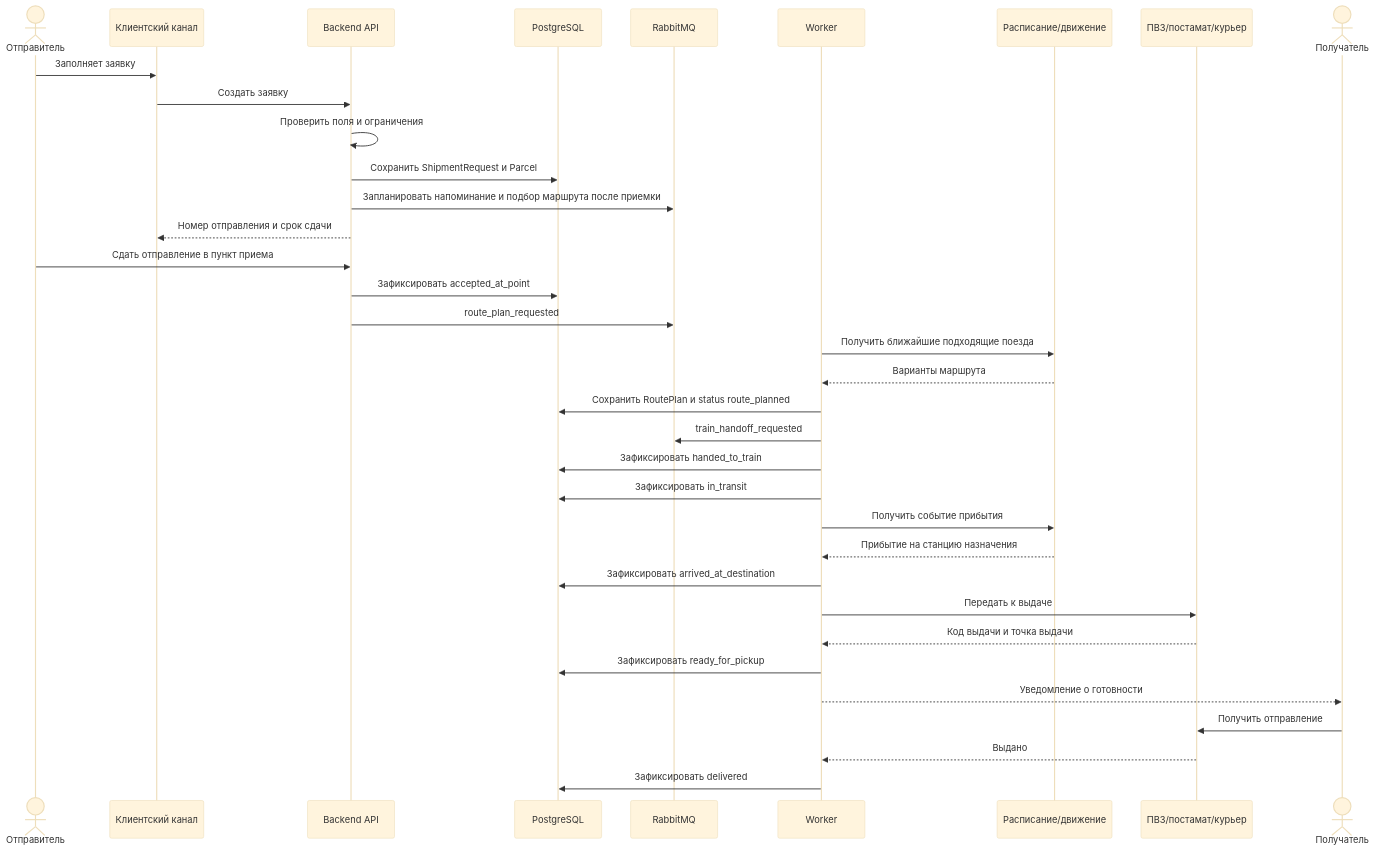
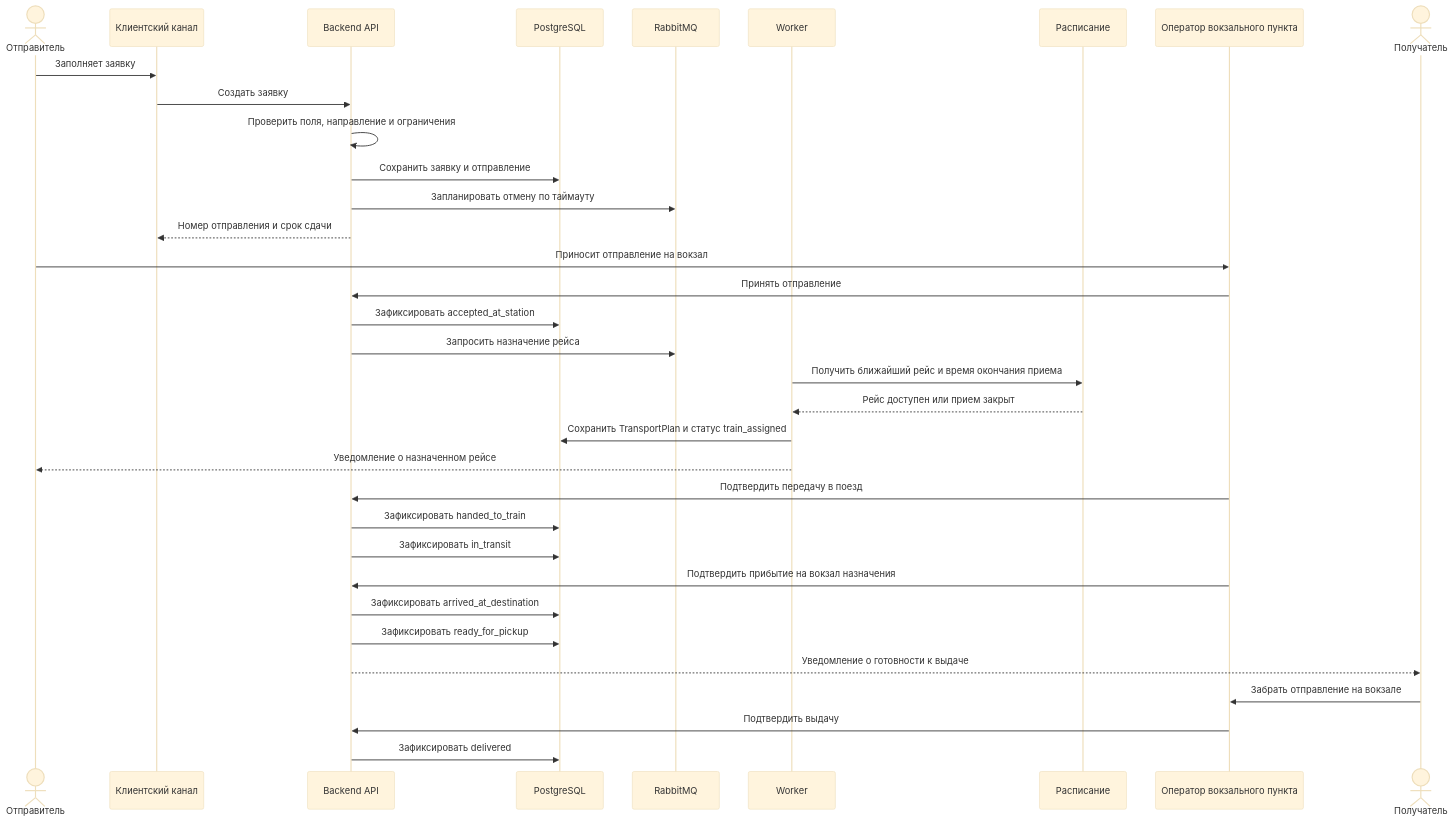
One commit to W1zzK1/Plan-dissertation changed the first of 2 diagrams in 06-сценарии-и-потоки.md. Above: the diagram before and after it, drawn with Mermaid (base theme). The commit also changed other lines of this file and 19 other files, not shown here.

````diff
--- a/06-сценарии-и-потоки.md
+++ b/06-сценарии-и-потоки.md
@@ -5,40 +5,39 @@
 ```mermaid
 sequenceDiagram
     actor Sender as Отправитель
     participant Client as Клиентский канал
     participant API as Backend API
     participant DB as PostgreSQL
     participant Queue as RabbitMQ
     participant Worker as Worker
-    participant Train as Расписание/движение
-    participant LastMile as ПВЗ/постамат/курьер
+    participant Schedule as Расписание
+    participant Operator as Оператор вокзального пункта
     actor Recipient as Получатель
 
     Sender->>Client: Заполняет заявку
     Client->>API: Создать заявку
-    API->>API: Проверить поля и ограничения
-    API->>DB: Сохранить ShipmentRequest и Parcel
-    API->>Queue: Запланировать напоминание и подбор маршрута после приемки
+    API->>API: Проверить поля, направление и ограничения
+    API->>DB: Сохранить заявку и отправление
+    API->>Queue: Запланировать отмену по таймауту
     API-->>Client: Номер отправления и срок сдачи
 
-    Sender->>API: Сдать отправление в пункт приема
-    API->>DB: Зафиксировать accepted_at_point
-    API->>Queue: route_plan_requested
-    Worker->>Train: Получить ближайшие подходящие поезда
-    Train-->>Worker: Варианты маршрута
-    Worker->>DB: Сохранить RoutePlan и status route_planned
-    Worker->>Queue: train_handoff_requested
+    Sender->>Operator: Приносит отправление на вокзал
+    Operator->>API: Принять отправление
+    API->>DB: Зафиксировать accepted_at_station
+    API->>Queue: Запросить назначение рейса
+    Worker->>Schedule: Получить ближайший рейс и время окончания приема
+    Schedule-->>Worker: Рейс доступен или прием закрыт
+    Worker->>DB: Сохранить TransportPlan и статус train_assigned
+    Worker-->>Sender: Уведомление о назначенном рейсе
 
-    Worker->>DB: Зафиксировать handed_to_train
-    Worker->>DB: Зафиксировать in_transit
-    Worker->>Train: Получить событие прибытия
-    Train-->>Worker: Прибытие на станцию назначения
-    Worker->>DB: Зафиксировать arrived_at_destination
-    Worker->>LastMile: Передать к выдаче
-    LastMile-->>Worker: Код выдачи и точка выдачи
-    Worker->>DB: Зафиксировать ready_for_pickup
-    Worker-->>Recipient: Уведомление о готовности
-    Recipient->>LastMile: Получить отправление
-    LastMile-->>Worker: Выдано
-    Worker->>DB: Зафиксировать delivered
+    Operator->>API: Подтвердить передачу в поезд
+    API->>DB: Зафиксировать handed_to_train
+    API->>DB: Зафиксировать in_transit
+    Operator->>API: Подтвердить прибытие на вокзал назначения
+    API->>DB: Зафиксировать arrived_at_destination
+    API->>DB: Зафиксировать ready_for_pickup
+    API-->>Recipient: Уведомление о готовности к выдаче
+    Recipient->>Operator: Забрать отправление на вокзале
+    Operator->>API: Подтвердить выдачу
+    API->>DB: Зафиксировать delivered
 ```
````
